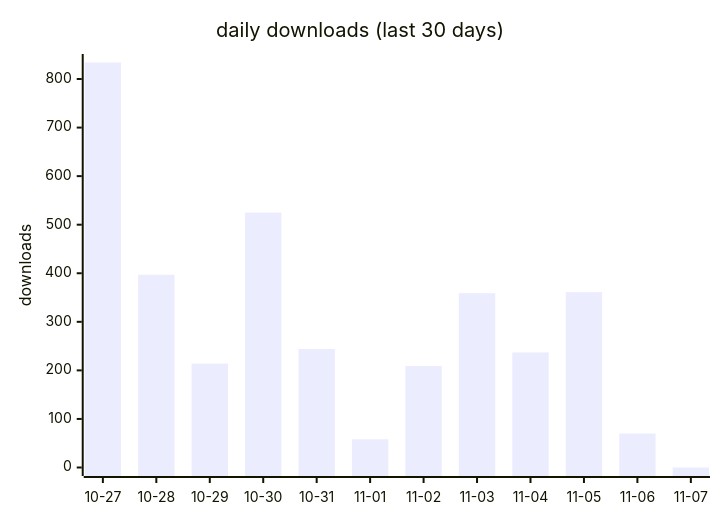
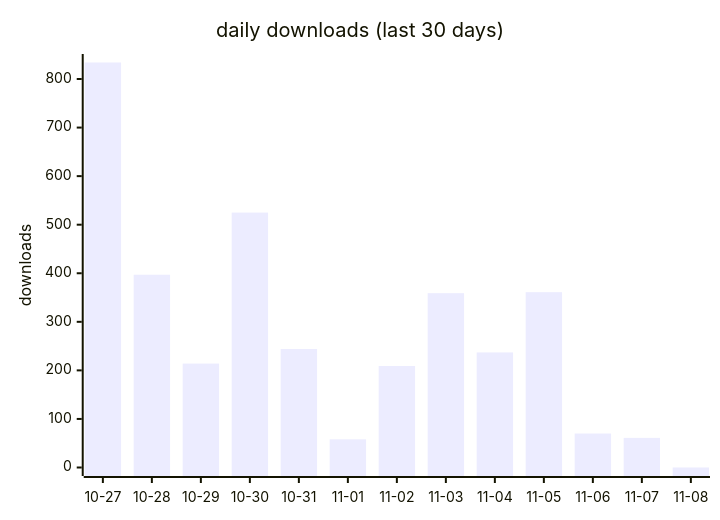
Before and after one commit to terry2010/dsh-rss-news-daily: the first of 2 diagrams in docs/downloads-2026.md, drawn with Mermaid. The commit also changed other lines of this file and 1 other file, not shown here.

````diff
--- a/docs/downloads-2026.md
+++ b/docs/downloads-2026.md
@@ -19,7 +19,7 @@
 ```mermaid
 xychart-beta
     title "daily downloads (last 30 days)"
-    x-axis ["10-27", "10-28", "10-29", "10-30", "10-31", "11-01", "11-02", "11-03", "11-04", "11-05", "11-06", "11-07"]
+    x-axis ["10-27", "10-28", "10-29", "10-30", "10-31", "11-01", "11-02", "11-03", "11-04", "11-05", "11-06", "11-07", "11-08"]
     y-axis "downloads" 0 --> 834
-    bar [834, 397, 214, 525, 244, 58, 209, 359, 237, 361, 70, 0]
+    bar [834, 397, 214, 525, 244, 58, 209, 359, 237, 361, 70, 61, 0]
 ```
````
